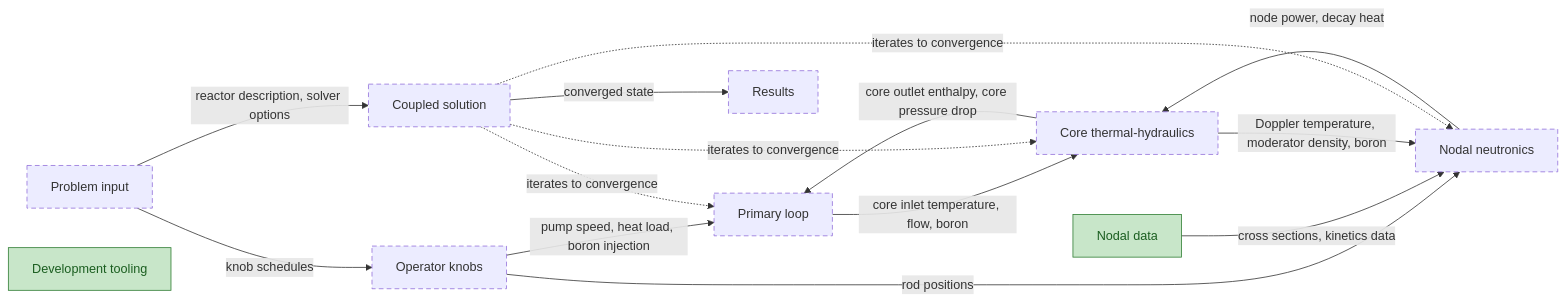
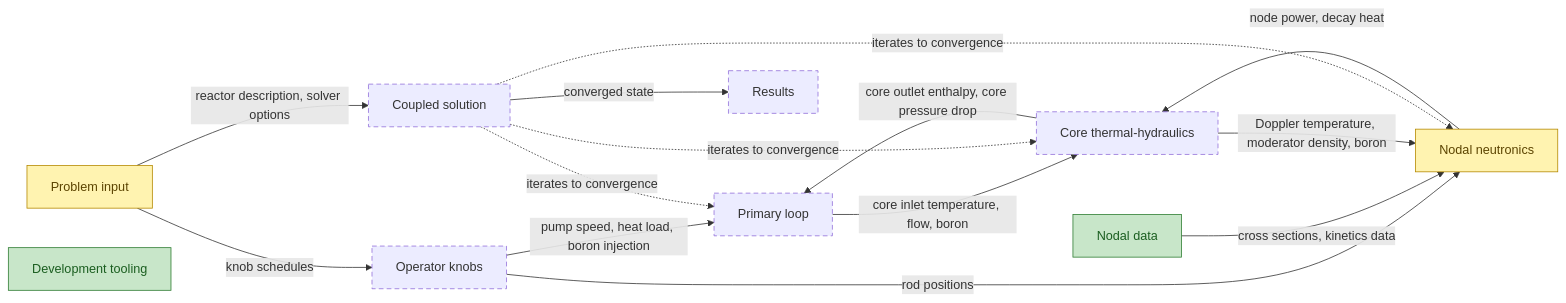
One commit to aurja130/URUS changed the first of 15 diagrams in Planning/DBC/CONCEPTS.md. Above: the diagram before and after it, drawn with Mermaid. The commit also changed other lines of this file and 6 other files, not shown here.

First line of the commit message:
Start 1.3: freeze the problem input contract

````diff
--- a/Planning/DBC/CONCEPTS.md
+++ b/Planning/DBC/CONCEPTS.md
@@ -20,24 +20,25 @@
 ```mermaid
 flowchart LR
 classDef implemented fill:#c8e6c9,stroke:#2e7d32,color:#1b5e20
 classDef partial fill:#fff3b0,stroke:#b58900,color:#5c4400
 classDef planned stroke-dasharray:6 4
 classDef external fill:#eeeeee,stroke:#9e9e9e,stroke-dasharray:1 3,color:#616161
 ProblemInput["Problem input"] -->|knob schedules| Knobs["Operator knobs"]
 ProblemInput -->|reactor description, solver options| Coupling["Coupled solution"]
 Knobs -->|pump speed, heat load, boron injection| PrimaryLoop["Primary loop"]
 Knobs -->|rod positions| Neutronics["Nodal neutronics"]
 NodalLibrary["Nodal data"] -->|cross sections, kinetics data| Neutronics
 PrimaryLoop -->|core inlet temperature, flow, boron| CoreThermalHydraulics["Core thermal-hydraulics"]
 CoreThermalHydraulics -->|core outlet enthalpy, core pressure drop| PrimaryLoop
 Neutronics -->|node power, decay heat| CoreThermalHydraulics
 CoreThermalHydraulics -->|Doppler temperature, moderator density, boron| Neutronics
 Coupling -.->|iterates to convergence| Neutronics
 Coupling -.->|iterates to convergence| CoreThermalHydraulics
 Coupling -.->|iterates to convergence| PrimaryLoop
 Coupling -->|converged state| Results["Results"]
 Tooling["Development tooling"]
-class ProblemInput,Knobs,Neutronics,CoreThermalHydraulics,PrimaryLoop,Coupling,Results planned
+class Knobs,CoreThermalHydraulics,PrimaryLoop,Coupling,Results planned
+class ProblemInput,Neutronics partial
 class NodalLibrary implemented
 class Tooling implemented
 ```
````
